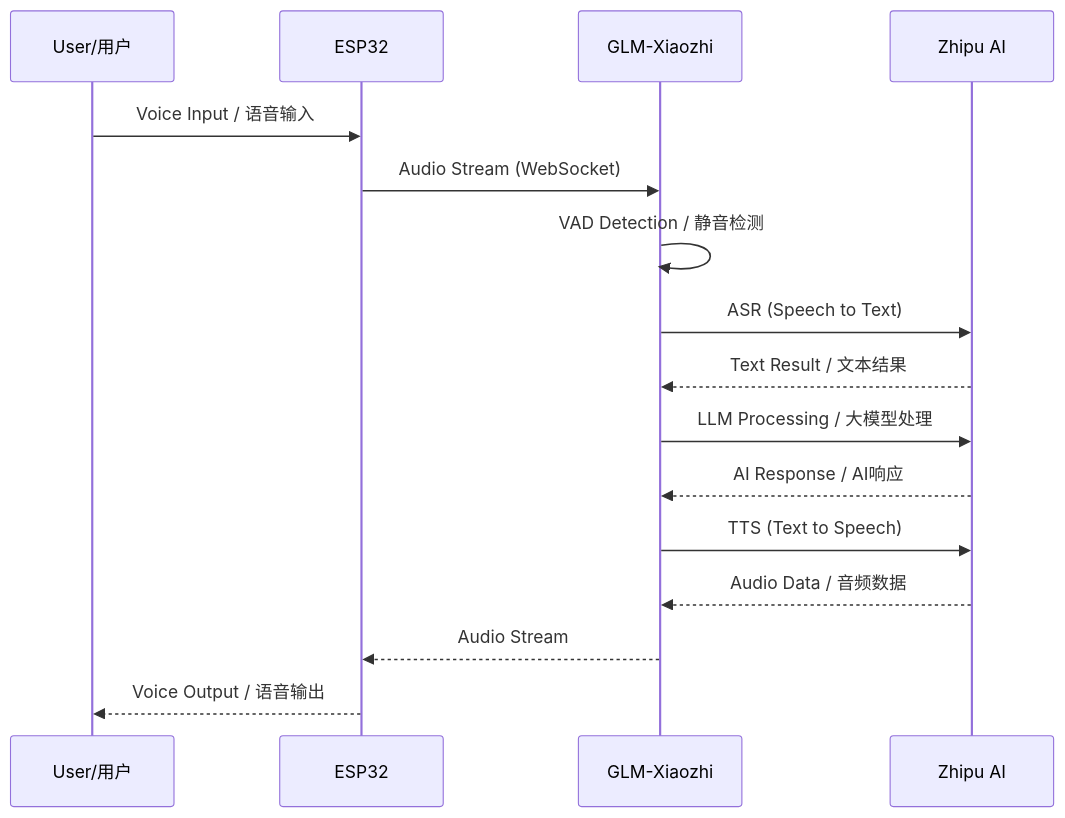
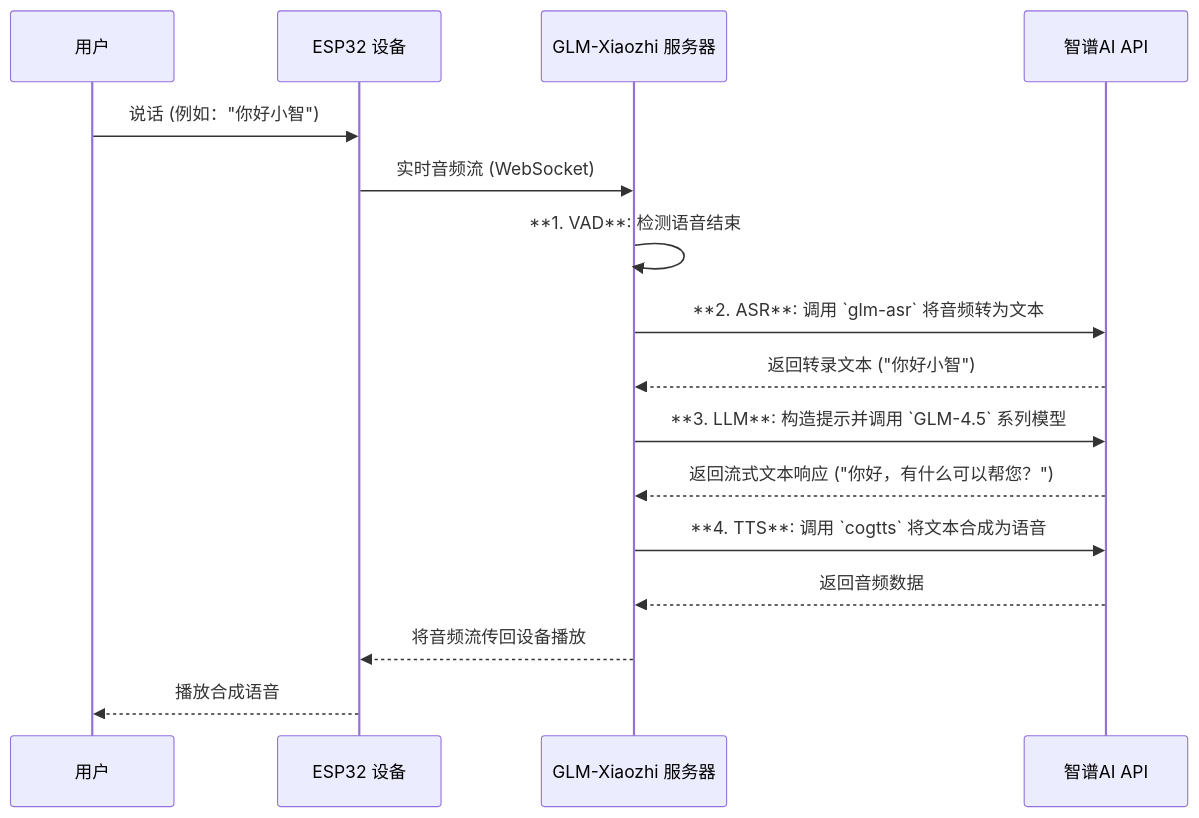
One commit to zshi719/GLM-Xiaozhi changed the third of 6 diagrams in README.md. Above: the diagram before and after it, drawn with Mermaid. The commit also changed other lines of this file and 2 other files, not shown here.

````diff
--- a/README.md
+++ b/README.md
@@ -91,19 +205,19 @@
 ```mermaid
 sequenceDiagram
-    participant User as User/用户
-    participant ESP32
-    participant Server as GLM-Xiaozhi
-    participant ZhipuAI as Zhipu AI
+    participant User as 用户
+    participant ESP32_Device as ESP32 设备
+    participant GLM_Xiaozhi_Server as GLM-Xiaozhi 服务器
+    participant ZhipuAI_API as 智谱AI API
 
-    User->>ESP32: Voice Input / 语音输入
-    ESP32->>Server: Audio Stream (WebSocket)
-    Server->>Server: VAD Detection / 静音检测
-    Server->>ZhipuAI: ASR (Speech to Text)
-    ZhipuAI-->>Server: Text Result / 文本结果
-    Server->>ZhipuAI: LLM Processing / 大模型处理
-    ZhipuAI-->>Server: AI Response / AI响应
-    Server->>ZhipuAI: TTS (Text to Speech)
-    ZhipuAI-->>Server: Audio Data / 音频数据
-    Server-->>ESP32: Audio Stream
-    ESP32-->>User: Voice Output / 语音输出
+    User->>ESP32_Device: 说话 (例如："你好小智")
+    ESP32_Device->>GLM_Xiaozhi_Server: 实时音频流 (WebSocket)
+    GLM_Xiaozhi_Server->>GLM_Xiaozhi_Server: **1. VAD**: 检测语音结束
+    GLM_Xiaozhi_Server->>ZhipuAI_API: **2. ASR**: 调用 `glm-asr` 将音频转为文本
+    ZhipuAI_API-->>GLM_Xiaozhi_Server: 返回转录文本 ("你好小智")
+    GLM_Xiaozhi_Server->>ZhipuAI_API: **3. LLM**: 构造提示并调用 `GLM-4.5` 系列模型
+    ZhipuAI_API-->>GLM_Xiaozhi_Server: 返回流式文本响应 ("你好，有什么可以帮您？")
+    GLM_Xiaozhi_Server->>ZhipuAI_API: **4. TTS**: 调用 `cogtts` 将文本合成为语音
+    ZhipuAI_API-->>GLM_Xiaozhi_Server: 返回音频数据
+    GLM_Xiaozhi_Server-->>ESP32_Device: 将音频流传回设备播放
+    ESP32_Device-->>User: 播放合成语音
 ```
````
